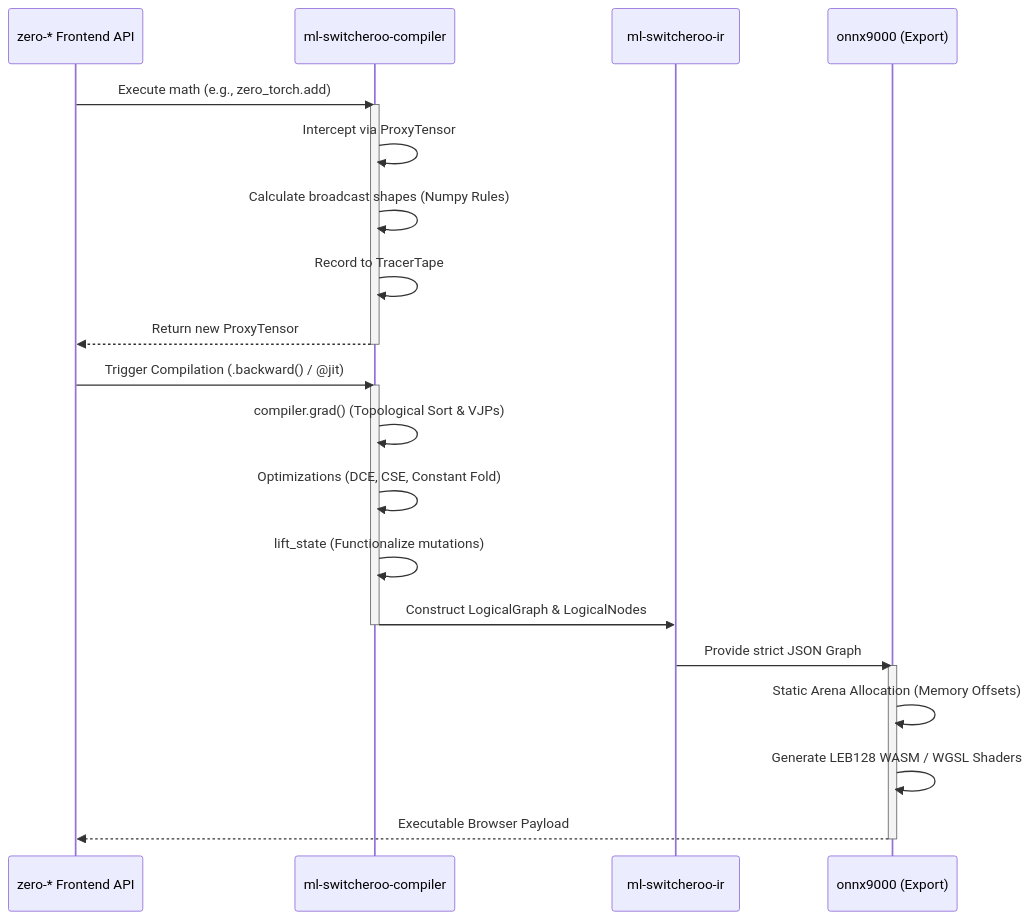
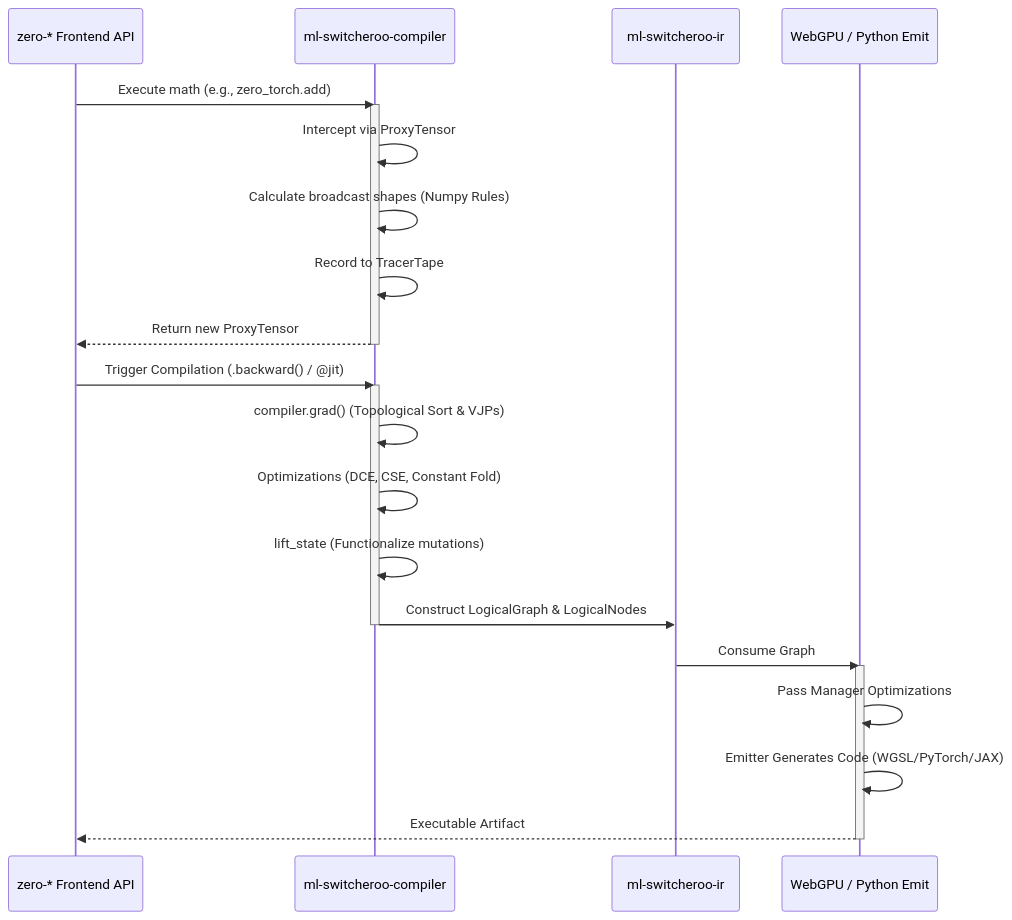
Before and after one commit to SamuelMarks/ml-switcheroo-compiler: the third of 3 diagrams in ARCHITECTURE.md, drawn with Mermaid. The commit also changed other lines of this file and 8 other files, not shown here.

````diff
--- a/ARCHITECTURE.md
+++ b/ARCHITECTURE.md
@@ -102,30 +207,30 @@
 ```mermaid
 sequenceDiagram
     participant User as zero-* Frontend API
     participant Compiler as ml-switcheroo-compiler
     participant IR as ml-switcheroo-ir
-    participant Backend as onnx9000 (Export)
+    participant Backend as WebGPU / Python Emit
 
     User->>Compiler: Execute math (e.g., zero_torch.add)
     activate Compiler
     Compiler->>Compiler: Intercept via ProxyTensor
     Compiler->>Compiler: Calculate broadcast shapes (Numpy Rules)
     Compiler->>Compiler: Record to TracerTape
     Compiler-->>User: Return new ProxyTensor
     deactivate Compiler
 
     User->>Compiler: Trigger Compilation (.backward() / @jit)
     activate Compiler
     Compiler->>Compiler: compiler.grad() (Topological Sort & VJPs)
     Compiler->>Compiler: Optimizations (DCE, CSE, Constant Fold)
     Compiler->>Compiler: lift_state (Functionalize mutations)
     Compiler->>IR: Construct LogicalGraph & LogicalNodes
     deactivate Compiler
     
-    IR->>Backend: Provide strict JSON Graph
+    IR->>Backend: Consume Graph
     activate Backend
-    Backend->>Backend: Static Arena Allocation (Memory Offsets)
-    Backend->>Backend: Generate LEB128 WASM / WGSL Shaders
-    Backend-->>User: Executable Browser Payload
+    Backend->>Backend: Pass Manager Optimizations
+    Backend->>Backend: Emitter Generates Code (WGSL/PyTorch/JAX)
+    Backend-->>User: Executable Artifact
     deactivate Backend
 ```
````
